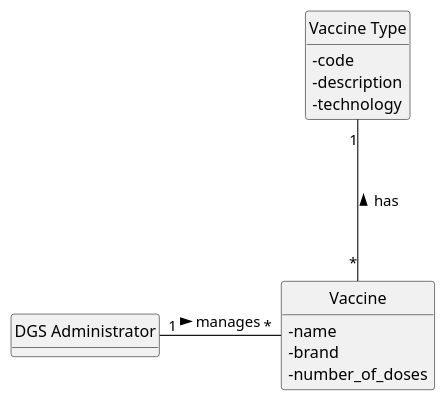
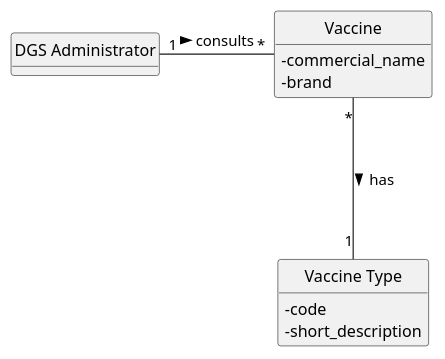
The diagram in project-template/docs/sprint3/US12/puml/US12-MD.puml (afonso51111/leti-esoft-25-26-A33), drawn with PlantUML before and after one commit. The commit also changed 8 other files, not shown here.

```diff
--- a/project-template/docs/sprint3/US12/puml/US12-MD.puml
+++ b/project-template/docs/sprint3/US12/puml/US12-MD.puml
@@ -1,24 +1,21 @@
 @startuml
 hide circle
 hide methods
 skinparam classAttributeIconSize 0
 
 class "DGS Administrator" {
 }
 
 class Vaccine {
-  - name
+  - commercial_name
   - brand
-  - number_of_doses
 }
 
 class "Vaccine Type" {
   - code
-  - description
-  - technology
+  - short_description
 }
 
-"DGS Administrator" "1" -right-- "*" Vaccine: manages >
-Vaccine "*" -up-- "1" "Vaccine Type": has >
-
+"DGS Administrator" "1" -right-- "*" Vaccine: consults >
+Vaccine "*" -down-- "1" "Vaccine Type": has >
 @enduml
```
